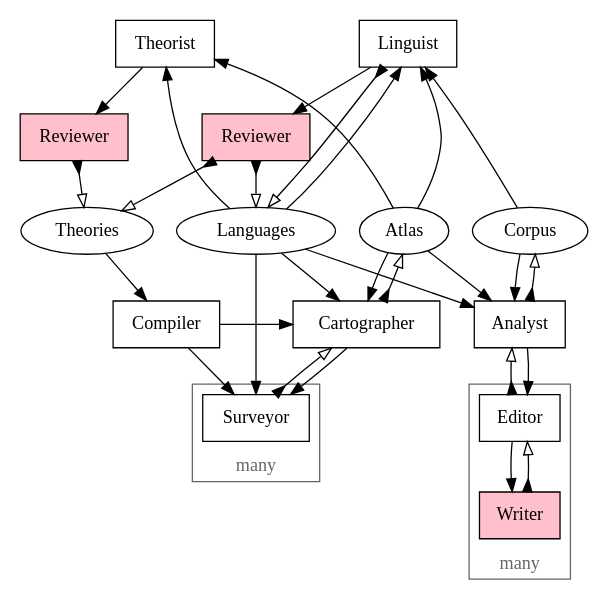
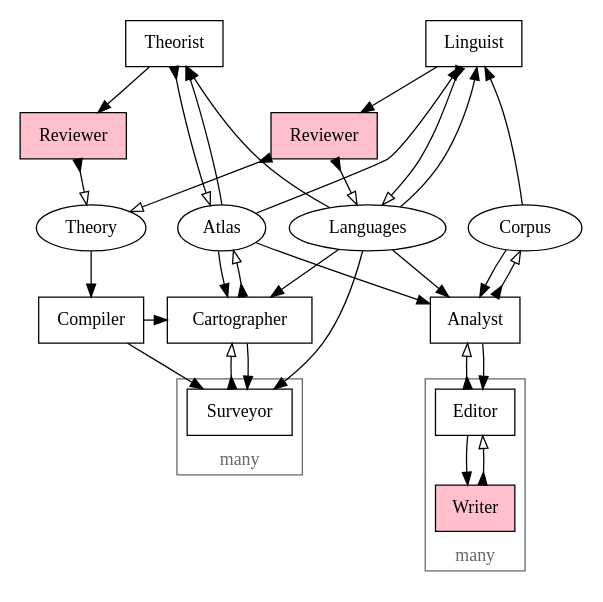
One commit to fritzo/pomagma changed the diagram in doc/architecture.dot. Above: the diagram before and after it, drawn with Graphviz. The commit also changed 2 other files, not shown here.

Commit message:
Add linguist->atlas link in system diagram

```diff
--- a/doc/architecture.dot
+++ b/doc/architecture.dot
@@ -1,101 +1,102 @@
 digraph G {
     overlap=false;
     size="4,4";
     node [shape=box];
 
 
     //subgraph cluster_legend {
     //    rank="max";
     //    Human [style=filled, fillcolor=pink];
     //    Data [shape=ellipse];
     //}
 
     Theorist;
     Linguist;
     {
         rank="same";
         node [style=filled, fillcolor=pink];
-        TheoriesReviewer [label="Reviewer"];
+        TheoryReviewer [label="Reviewer"];
         LanguagesReviewer [label="Reviewer"];
     }
     {
         node [shape=ellipse];
         Languages;
-        Theories;
+        Theory;
         Atlas;
         Corpus;
     }
     Compiler;
     Analyst;
 
     subgraph cluster_survey {
         Surveyor;
 
         color = "#666666";
         fontcolor = "#666666";
         label = "many";
         labelloc = "b";
     }
 
     subgraph cluster_edit {
         Editor;
         Writer [style=filled, fillcolor=pink];
 
         color = "#666666";
         fontcolor = "#666666";
         label = "many";
         labelloc = "b";
     }
 
     { rank="min"; Linguist; Theorist; }
-    { rank="same"; Languages; Theories; Atlas; Corpus; }
+    { rank="same"; Languages; Theory; Atlas; Corpus; }
     { rank="same"; Cartographer; Compiler; Analyst; }
 
 
     // Workflow: Compile
     edge [dir=forward arrowhead=normal]; // pull
-    Theories -> Compiler;
+    Theory -> Compiler;
     Compiler -> Surveyor;
     Compiler -> Cartographer;
 
     // Workflow: Survey
     edge [dir=forward arrowhead=normal]; // pull
     Atlas -> Cartographer;
     Languages -> Cartographer;
     Languages -> Surveyor;
     Cartographer -> Surveyor;
     edge [dir=both arrowtail=inv arrowhead=empty]; // push
     Surveyor -> Cartographer;
     Cartographer -> Atlas;
 
     // Workflow: Edit
     edge [dir=forward arrowhead=normal]; // pull
     Atlas -> Analyst;
     Languages -> Analyst;
     Corpus -> Analyst;
     Analyst -> Editor;
     Editor -> Writer;
     edge [dir=both arrowtail=inv arrowhead=empty]; // push
     Analyst -> Corpus;
     Editor -> Analyst;
     Writer -> Editor;
 
     // Workflow: Fit Language
     edge [dir=forward arrowhead=normal]; // pull
     Corpus -> Linguist;
     Atlas -> Linguist;
     Languages -> Linguist;
     Linguist -> LanguagesReviewer;
     edge [dir=both arrowtail=inv arrowhead=empty]; // push
     Linguist -> Languages;
     LanguagesReviewer -> Languages;
-    LanguagesReviewer -> Theories;
+    LanguagesReviewer -> Theory;
 
     // Workflow: Conjecture
     edge [dir=forward arrowhead=normal]; // pull
     Atlas -> Theorist;
     Languages ->  Theorist;
-    Theorist -> TheoriesReviewer;
+    Theorist -> TheoryReviewer;
     edge [dir=both arrowtail=inv arrowhead=empty]; // push
-    TheoriesReviewer -> Theories;
+    TheoryReviewer -> Theory;
+    Theorist -> Atlas;
 }
```
